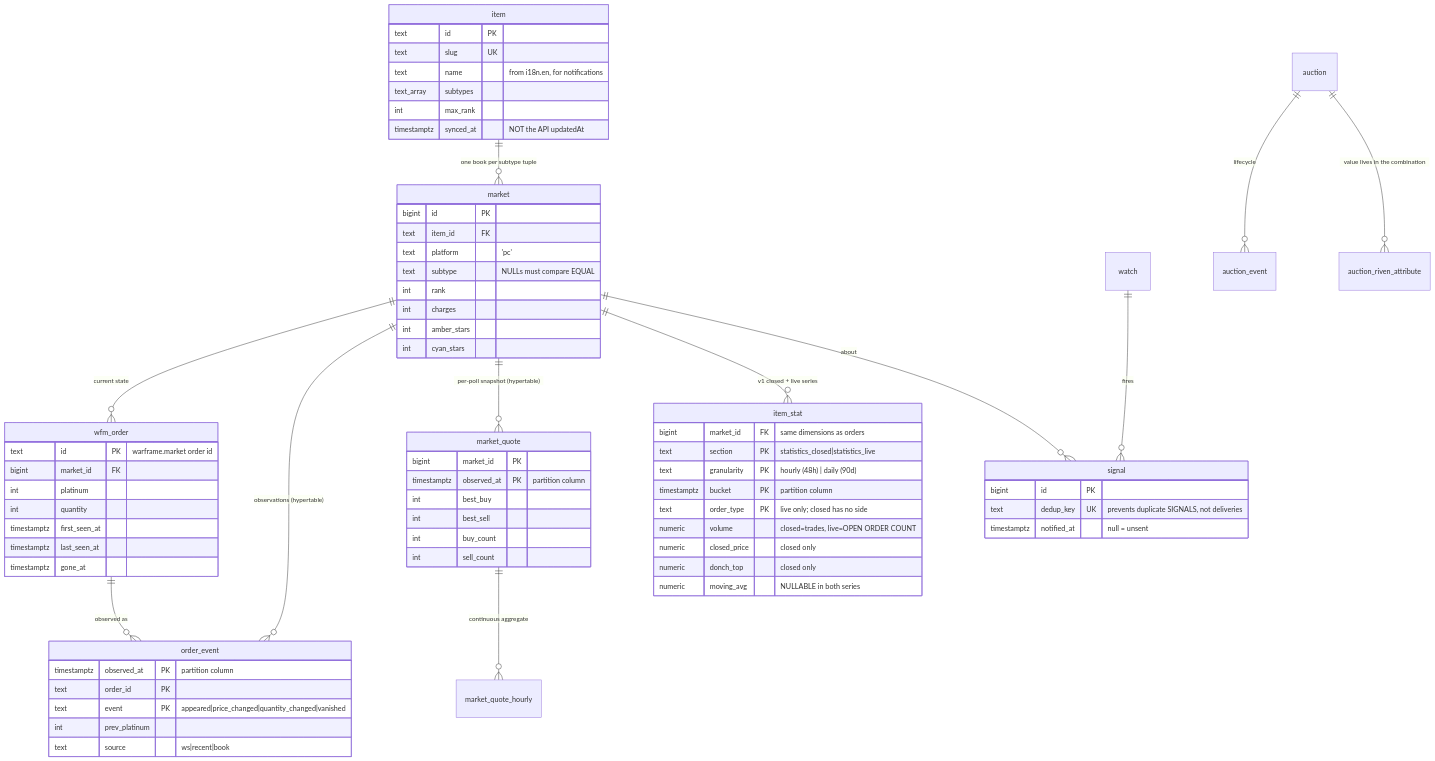
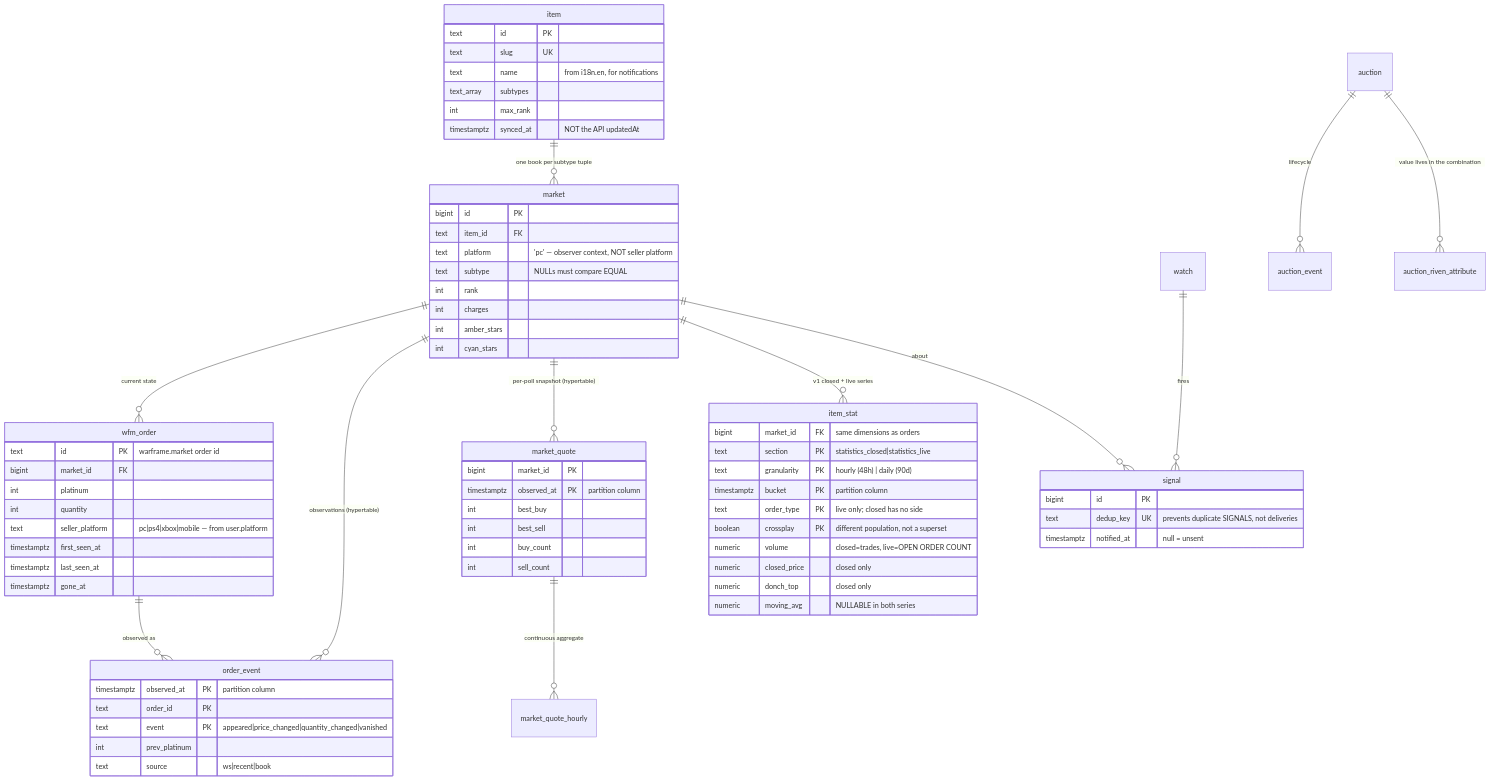
One commit to j-ameswong/wf-market-watchdawg changed the second of 5 diagrams in SPEC.md. Above: the diagram before and after it, drawn with Mermaid. The commit also changed other lines of this file and 2 other files, not shown here.

Commit message:
feat: enable crossplay header by default

````diff
--- a/SPEC.md
+++ b/SPEC.md
@@ -177,73 +206,75 @@
 ```mermaid
 erDiagram
   item ||--o{ market : "one book per subtype tuple"
   market ||--o{ wfm_order : "current state"
   market ||--o{ order_event : "observations (hypertable)"
   market ||--o{ market_quote : "per-poll snapshot (hypertable)"
   market_quote ||--o{ market_quote_hourly : "continuous aggregate"
   market ||--o{ item_stat : "v1 closed + live series"
   wfm_order ||--o{ order_event : "observed as"
   watch ||--o{ signal : "fires"
   market ||--o{ signal : "about"
   auction ||--o{ auction_event : "lifecycle"
   auction ||--o{ auction_riven_attribute : "value lives in the combination"
 
   item {
     text id PK
     text slug UK
     text name "from i18n.en, for notifications"
     text_array subtypes
     int max_rank
     timestamptz synced_at "NOT the API updatedAt"
   }
   market {
     bigint id PK
     text item_id FK
-    text platform "'pc'"
+    text platform "'pc' — observer context, NOT seller platform"
     text subtype "NULLs must compare EQUAL"
     int rank
     int charges
     int amber_stars
     int cyan_stars
   }
   wfm_order {
     text id PK "warframe.market order id"
     bigint market_id FK
     int platinum
     int quantity
+    text seller_platform "pc|ps4|xbox|mobile — from user.platform"
     timestamptz first_seen_at
     timestamptz last_seen_at
     timestamptz gone_at
   }
   order_event {
     timestamptz observed_at PK "partition column"
     text order_id PK
     text event PK "appeared|price_changed|quantity_changed|vanished"
     int prev_platinum
     text source "ws|recent|book"
   }
   market_quote {
     bigint market_id PK
     timestamptz observed_at PK "partition column"
     int best_buy
     int best_sell
     int buy_count
     int sell_count
   }
   item_stat {
     bigint market_id FK "same dimensions as orders"
     text section PK "statistics_closed|statistics_live"
     text granularity PK "hourly (48h) | daily (90d)"
     timestamptz bucket PK "partition column"
     text order_type PK "live only; closed has no side"
+    boolean crossplay PK "different population, not a superset"
     numeric volume "closed=trades, live=OPEN ORDER COUNT"
     numeric closed_price "closed only"
     numeric donch_top "closed only"
     numeric moving_avg "NULLABLE in both series"
   }
   signal {
     bigint id PK
     text dedup_key UK "prevents duplicate SIGNALS, not deliveries"
     timestamptz notified_at "null = unsent"
   }
 ```
````
